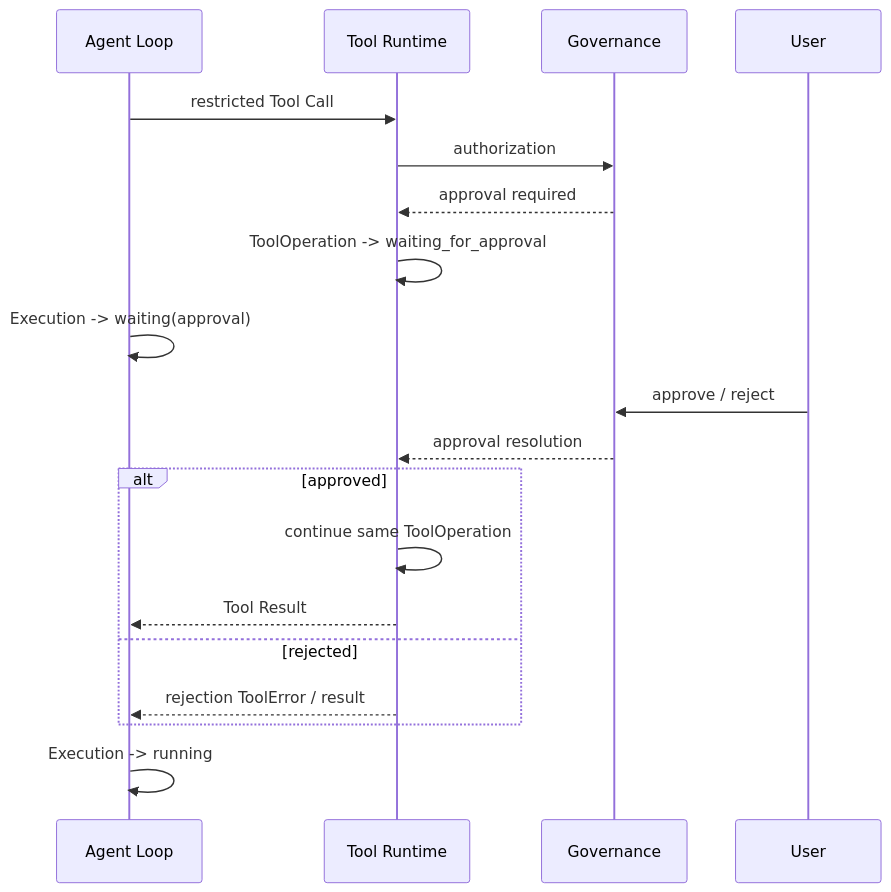
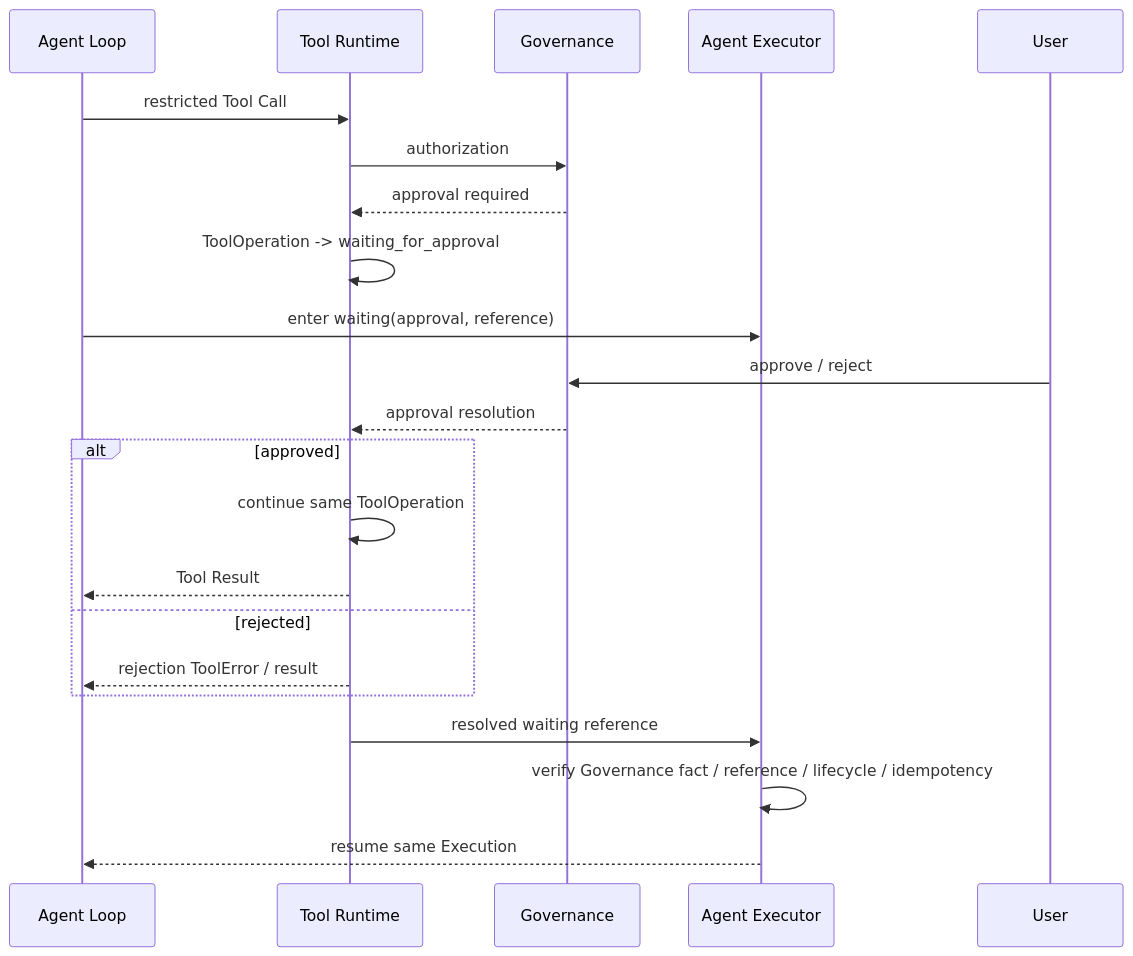
Before and after one commit to LunaDeerTech/agenteam: the fifth of 6 diagrams in docs/architecture/meeting/meeting-turn-runtime.md, drawn with Mermaid. The commit also changed other lines of this file and 86 other files, not shown here.

````diff
--- a/docs/architecture/meeting/meeting-turn-runtime.md
+++ b/docs/architecture/meeting/meeting-turn-runtime.md
@@ -451,25 +458,28 @@
 ```mermaid
 sequenceDiagram
     participant L as Agent Loop
     participant T as Tool Runtime
     participant G as Governance
+    participant E as Agent Executor
     participant U as User
 
     L->>T: restricted Tool Call
     T->>G: authorization
     G-->>T: approval required
     T->>T: ToolOperation -> waiting_for_approval
-    L->>L: Execution -> waiting(approval)
+    L->>E: enter waiting(approval, reference)
 
     U->>G: approve / reject
     G-->>T: approval resolution
 
     alt approved
         T->>T: continue same ToolOperation
         T-->>L: Tool Result
     else rejected
         T-->>L: rejection ToolError / result
     end
 
-    L->>L: Execution -> running
+    T->>E: resolved waiting reference
+    E->>E: verify Governance fact / reference / lifecycle / idempotency
+    E-->>L: resume same Execution
 ```
````
